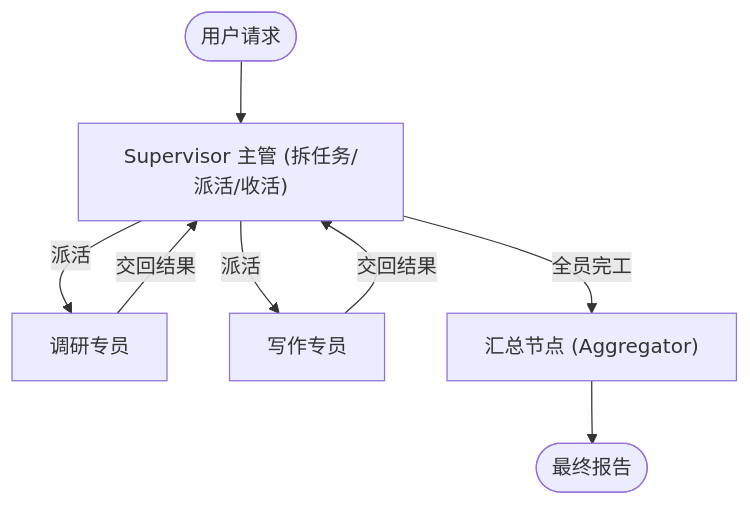
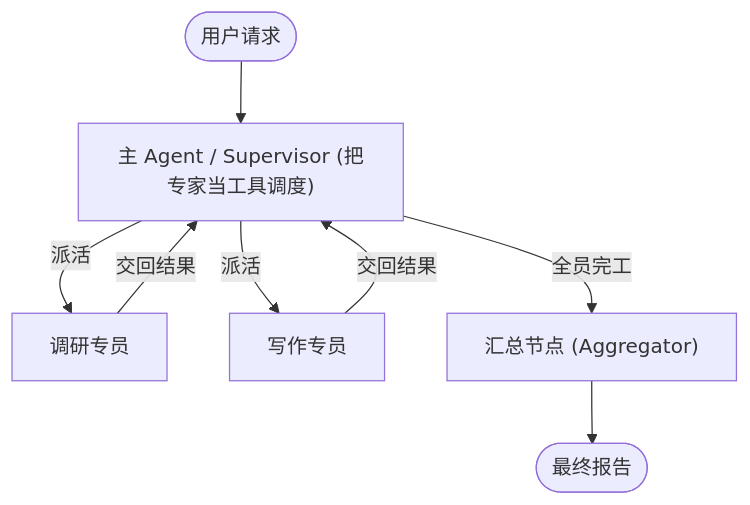
The diagram in 10_LangGraph搭建工作流/img/diagrams/12-diagram-03.mmd (buffer121328/vibe-coding-and-agents), drawn with Mermaid before and after one commit. The commit also changed 41 other files, not shown here.

```diff
--- a/10_LangGraph搭建工作流/img/diagrams/12-diagram-03.mmd
+++ b/10_LangGraph搭建工作流/img/diagrams/12-diagram-03.mmd
@@ -1,8 +1,8 @@
 graph TD
-    User(["用户请求"]) --> Sup["Supervisor 主管 (拆任务/派活/收活)"]
+    User(["用户请求"]) --> Sup["主 Agent / Supervisor (把专家当工具调度)"]
     Sup -->|"派活"| Research["调研专员"]
     Sup -->|"派活"| Writer["写作专员"]
     Research -->|"交回结果"| Sup
     Writer -->|"交回结果"| Sup
     Sup -->|"全员完工"| Agg["汇总节点 (Aggregator)"]
     Agg --> Final(["最终报告"])
```
